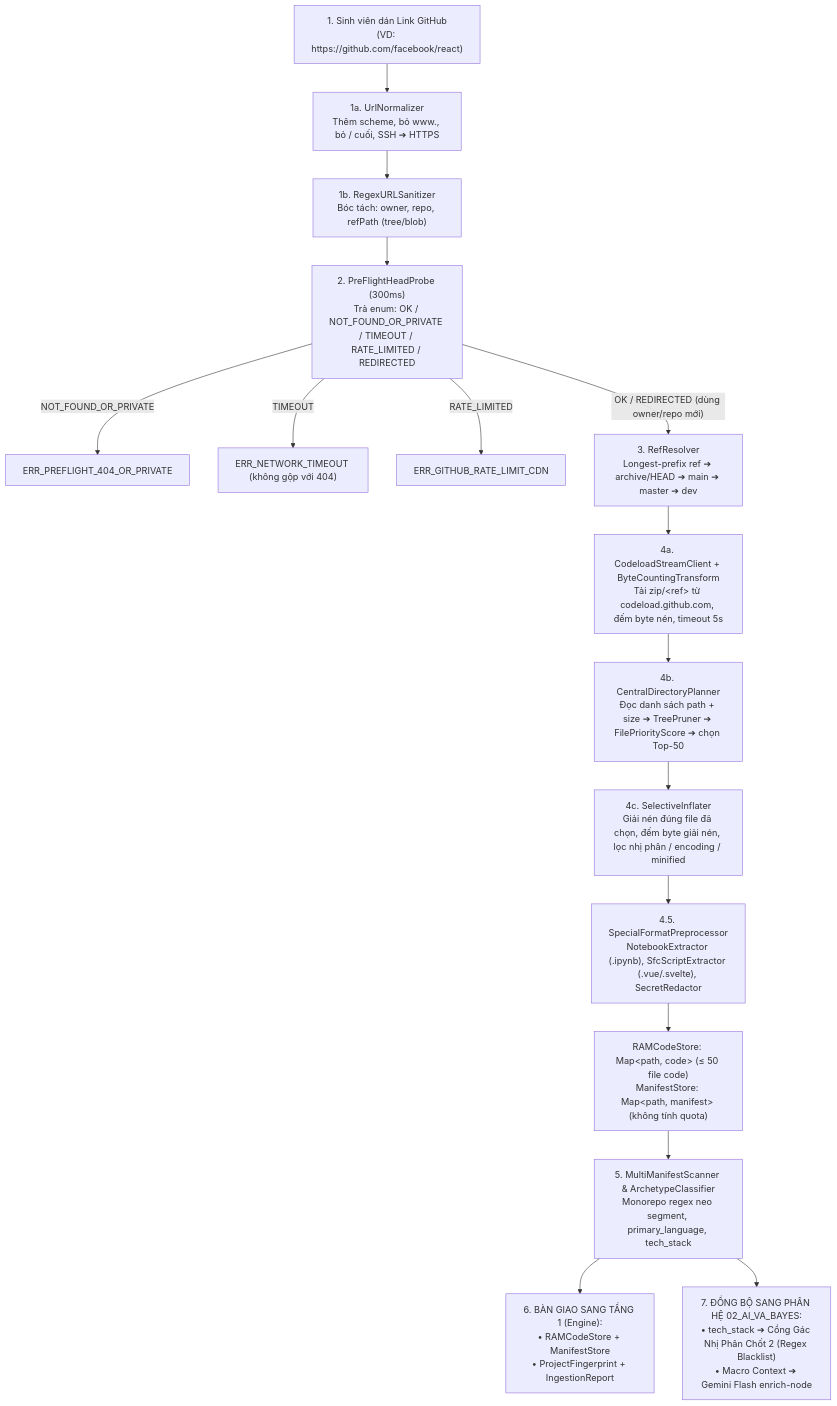
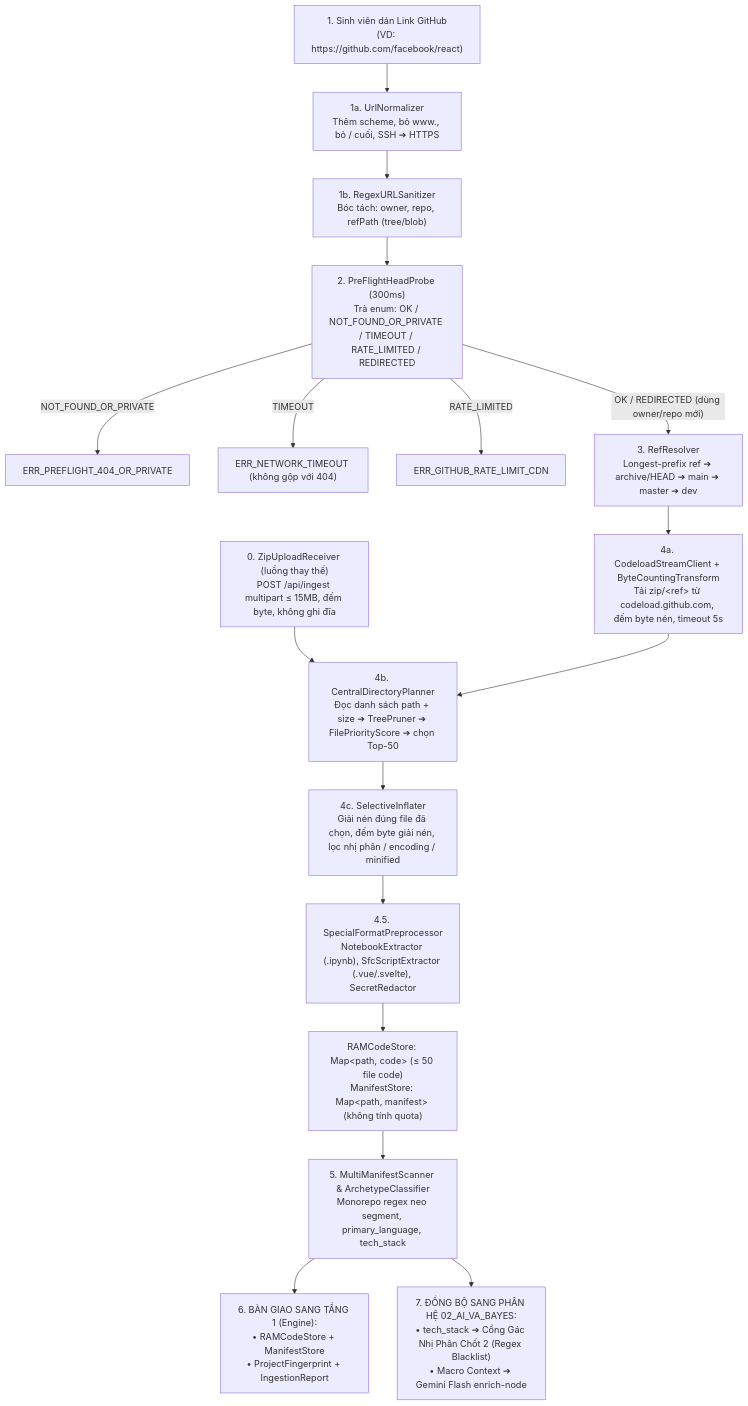
The diagram in 01_ENGINE_THUAT_TOAN/01_INGESTION_STREAM.md (huynhthanhnhannnh-pixel/Hackathon_SGU), drawn with Mermaid before and after one commit. The commit also changed other lines of this file and 17 other files, not shown here.

````diff
--- a/01_ENGINE_THUAT_TOAN/01_INGESTION_STREAM.md
+++ b/01_ENGINE_THUAT_TOAN/01_INGESTION_STREAM.md
@@ -25,28 +25,29 @@
 ```mermaid
 flowchart TD
     LinkInput["1. Sinh viên dán Link GitHub<br/>(VD: https://github.com/facebook/react)"] --> AlgNormalize["1a. UrlNormalizer<br/>Thêm scheme, bỏ www., bỏ / cuối, SSH ➔ HTTPS"]
     AlgNormalize --> AlgSanitizer["1b. RegexURLSanitizer<br/>Bóc tách: owner, repo, refPath (tree/blob)"]
 
     AlgSanitizer --> AlgHeadProbe["2. PreFlightHeadProbe (300ms)<br/>Trả enum: OK / NOT_FOUND_OR_PRIVATE / TIMEOUT / RATE_LIMITED / REDIRECTED"]
 
     AlgHeadProbe -- "NOT_FOUND_OR_PRIVATE" --> ErrModal["ERR_PREFLIGHT_404_OR_PRIVATE"]
     AlgHeadProbe -- "TIMEOUT" --> ErrNet["ERR_NETWORK_TIMEOUT (không gộp với 404)"]
     AlgHeadProbe -- "RATE_LIMITED" --> ErrRate["ERR_GITHUB_RATE_LIMIT_CDN"]
     AlgHeadProbe -- "OK / REDIRECTED (dùng owner/repo mới)" --> AlgBranch["3. RefResolver<br/>Longest-prefix ref ➔ archive/HEAD ➔ main ➔ master ➔ dev"]
 
     AlgBranch --> AlgStream["4a. CodeloadStreamClient + ByteCountingTransform<br/>Tải zip/&lt;ref&gt; từ codeload.github.com, đếm byte nén, timeout 5s"]
 
+    ZipUpload["0. ZipUploadReceiver (luồng thay thế)<br/>POST /api/ingest multipart ≤ 15MB, đếm byte, không ghi đĩa"] --> AlgPlanner
     AlgStream --> AlgPlanner["4b. CentralDirectoryPlanner<br/>Đọc danh sách path + size ➔ TreePruner ➔ FilePriorityScore ➔ chọn Top-50"]
 
     AlgPlanner --> AlgExtract["4c. SelectiveInflater<br/>Giải nén đúng file đã chọn, đếm byte giải nén, lọc nhị phân / encoding / minified"]
 
     AlgExtract --> AlgSpecial["4.5. SpecialFormatPreprocessor<br/>NotebookExtractor (.ipynb), SfcScriptExtractor (.vue/.svelte), SecretRedactor"]
 
     AlgSpecial --> StoreRAM["RAMCodeStore: Map&lt;path, code&gt; (≤ 50 file code)<br/>ManifestStore: Map&lt;path, manifest&gt; (không tính quota)"]
 
     StoreRAM --> AlgManifest["5. MultiManifestScanner & ArchetypeClassifier<br/>Monorepo regex neo segment, primary_language, tech_stack"]
 
     AlgManifest --> HandoverEngine["6. BÀN GIAO SANG TẦNG 1 (Engine):<br/>• RAMCodeStore + ManifestStore<br/>• ProjectFingerprint + IngestionReport"]
 
     AlgManifest --> HandoverAI["7. ĐỒNG BỘ SANG PHÂN HỆ 02_AI_VA_BAYES:<br/>• tech_stack ➔ Cổng Gác Nhị Phân Chốt 2 (Regex Blacklist)<br/>• Macro Context ➔ Gemini Flash enrich-node"]
 ```
````
